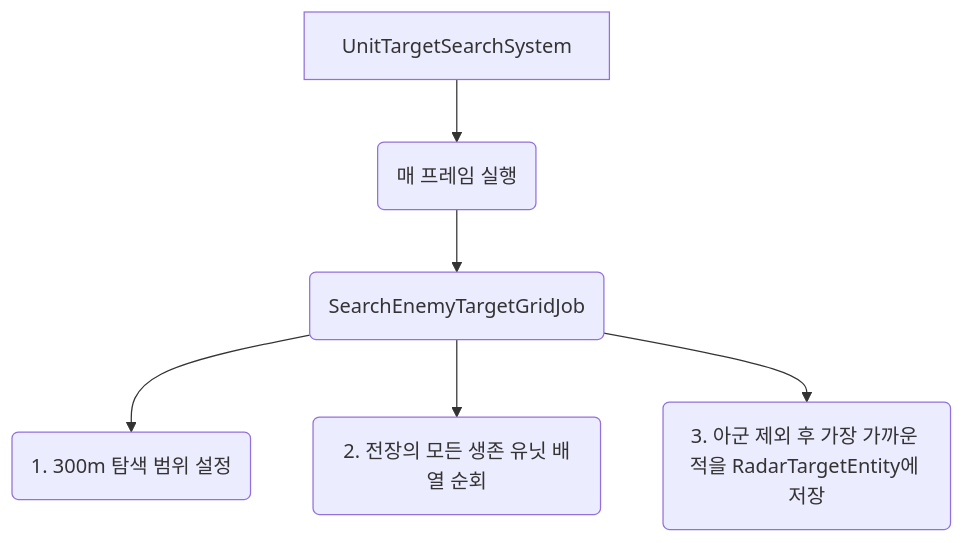
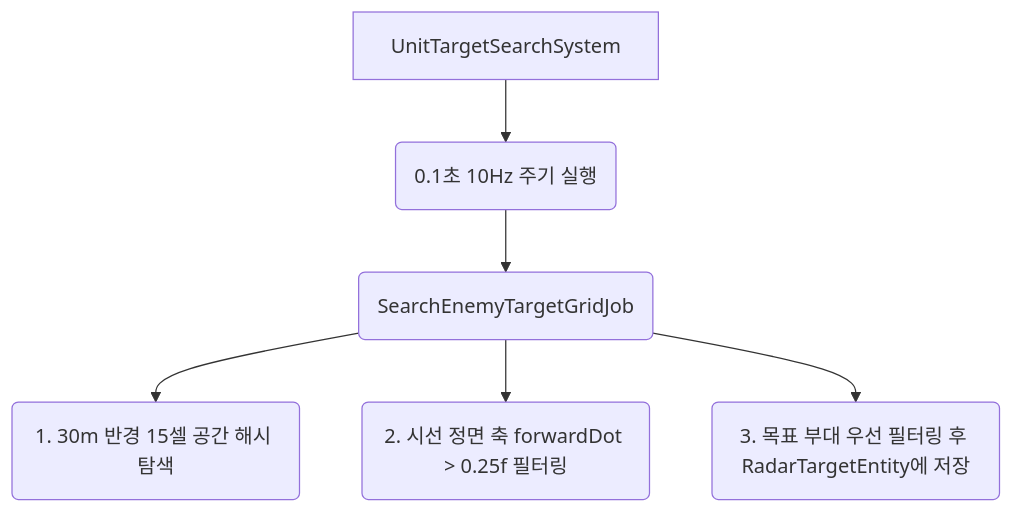
Before and after one commit to rbdud1216-source/MiniTotalWar2D: the first of 2 diagrams in Docs/UnitTargetSearchSystem.md, drawn with Mermaid. The commit also changed 14 other files, not shown here.

````diff
--- a/Docs/UnitTargetSearchSystem.md
+++ b/Docs/UnitTargetSearchSystem.md
@@ -12,8 +12,8 @@
 ```mermaid
 graph TD
-    A[UnitTargetSearchSystem] --> B(매 프레임 실행)
+    A[UnitTargetSearchSystem] --> B(0.1초 10Hz 주기 실행)
     B --> C(SearchEnemyTargetGridJob)
-    C --> D(1. 300m 탐색 범위 설정)
-    C --> E(2. 전장의 모든 생존 유닛 배열 순회)
-    C --> F(3. 아군 제외 후 가장 가까운 적을 RadarTargetEntity에 저장)
+    C --> D(1. 30m 반경 15셀 공간 해시 탐색)
+    C --> E(2. 시선 정면 축 forwardDot > 0.25f 필터링)
+    C --> F(3. 목표 부대 우선 필터링 후 RadarTargetEntity에 저장)
 ```
````
